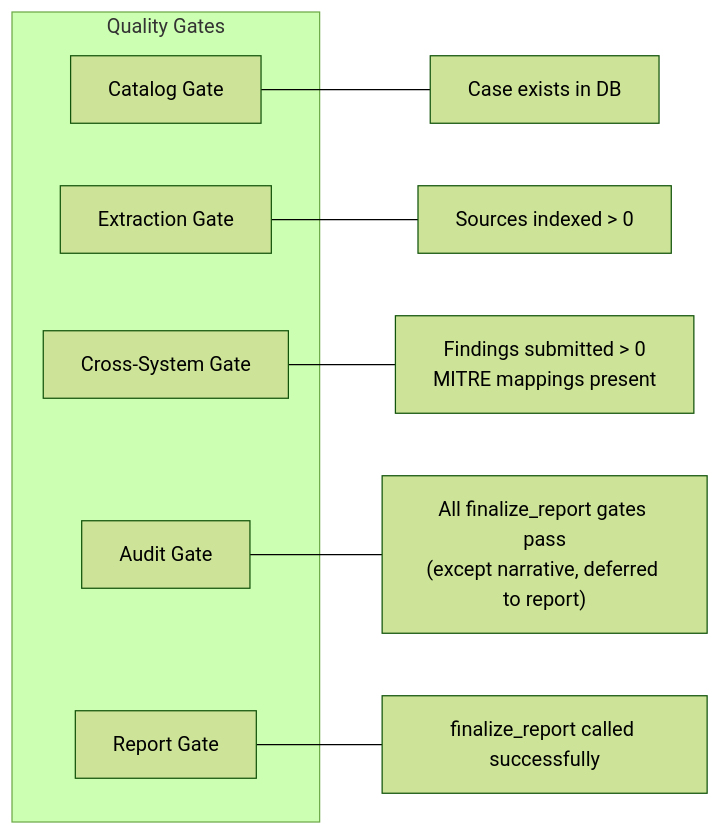
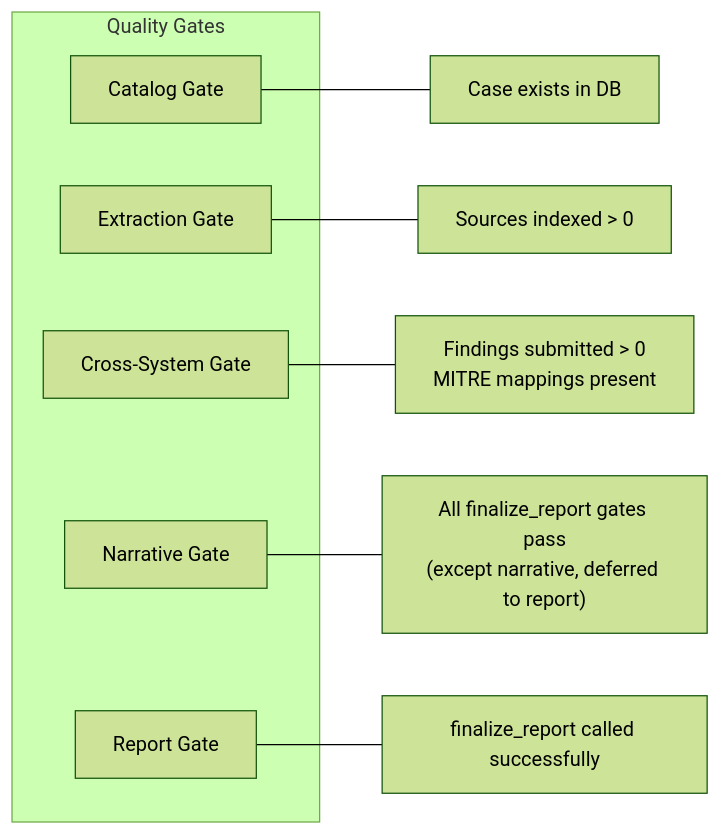
Before and after one commit to calebevans/mulder: the fifth of 7 diagrams in docs/architecture.md, drawn with Mermaid (forest theme). The commit also changed other lines of this file and 101 other files, not shown here.

````diff
--- a/docs/architecture.md
+++ b/docs/architecture.md
@@ -207,16 +222,16 @@
 ```mermaid
 flowchart LR
     subgraph gates [Quality Gates]
         catalogGate["Catalog Gate"]
         extractionGate["Extraction Gate"]
         crossSystemGate["Cross-System Gate"]
-        auditGate["Audit Gate"]
+        narrativeGate["Narrative Gate"]
         reportGate["Report Gate"]
     end
 
     catalogGate --- catalogChecks["Case exists in DB"]
     extractionGate --- extractionChecks["Sources indexed > 0"]
     crossSystemGate --- crossChecks["Findings submitted > 0\nMITRE mappings present"]
-    auditGate --- auditChecks["All finalize_report gates pass\n(except narrative, deferred to report)"]
+    narrativeGate --- narrativeChecks["All finalize_report gates pass\n(except narrative, deferred to report)"]
     reportGate --- reportChecks["finalize_report called successfully"]
 ```
````
